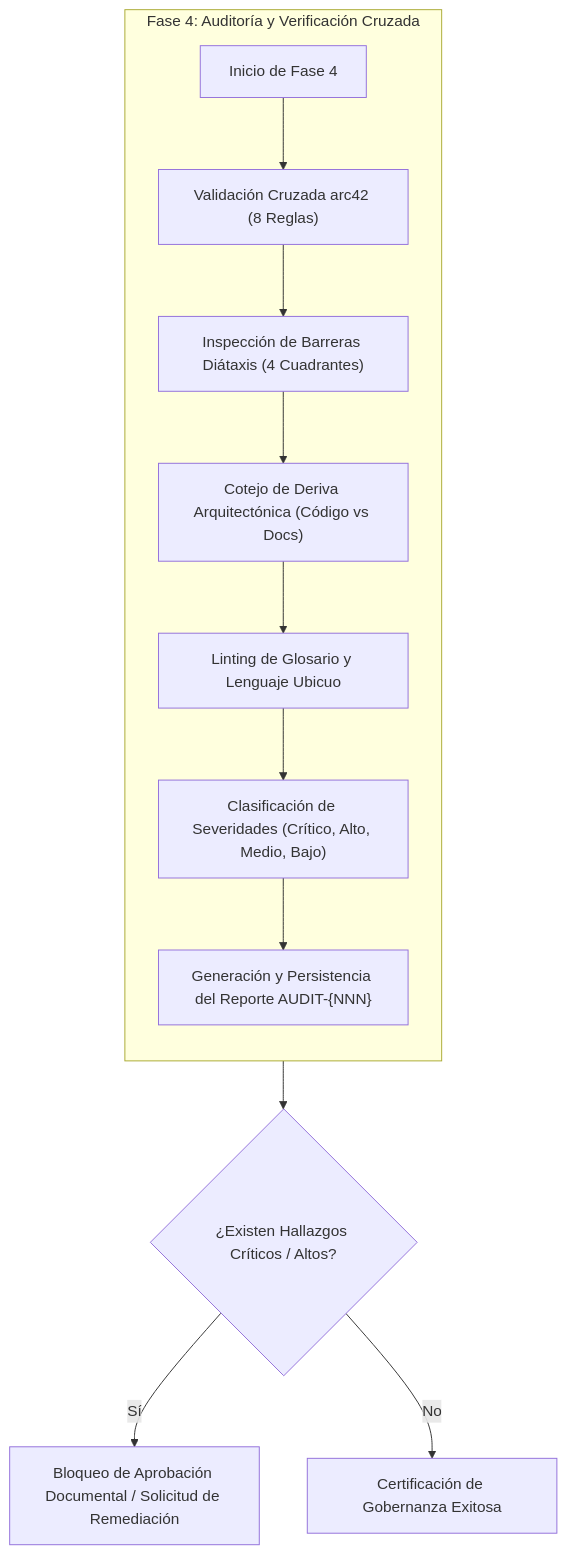
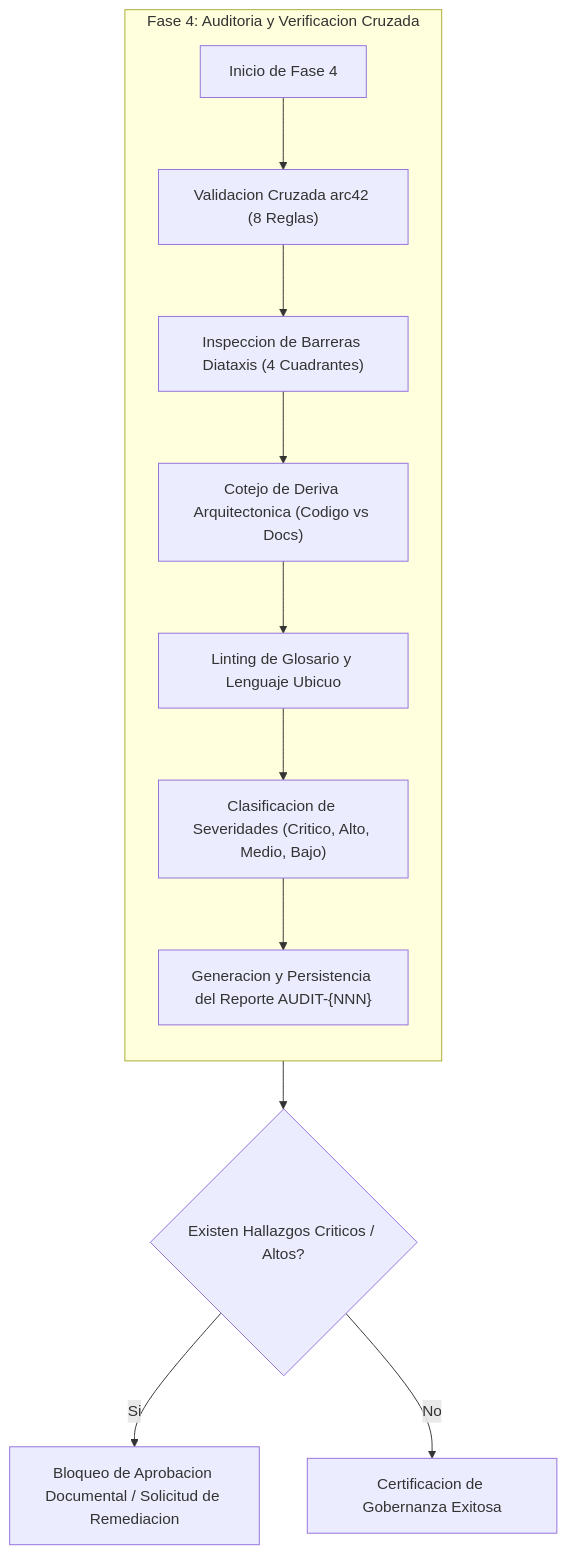
One commit to EdwinDragusin/agent-core-skills changed the first of 3 diagrams in skills/docs-governance-mastery/references/audit-checklist.md. Above: the diagram before and after it, drawn with Mermaid. The commit also changed other lines of this file and 89 other files, not shown here.

````diff
--- a/skills/docs-governance-mastery/references/audit-checklist.md
+++ b/skills/docs-governance-mastery/references/audit-checklist.md
@@ -19,16 +19,16 @@
 ```mermaid
 flowchart TD
-    subgraph Fase4["Fase 4: Auditoría y Verificación Cruzada"]
+    subgraph Fase4["Fase 4: Auditoria y Verificacion Cruzada"]
         direction TB
-        A["Inicio de Fase 4"] --> B["Validación Cruzada arc42 (8 Reglas)"]
-        B --> C["Inspección de Barreras Diátaxis (4 Cuadrantes)"]
-        C --> D["Cotejo de Deriva Arquitectónica (Código vs Docs)"]
+        A["Inicio de Fase 4"] --> B["Validacion Cruzada arc42 (8 Reglas)"]
+        B --> C["Inspeccion de Barreras Diataxis (4 Cuadrantes)"]
+        C --> D["Cotejo de Deriva Arquitectonica (Codigo vs Docs)"]
         D --> E["Linting de Glosario y Lenguaje Ubicuo"]
-        E --> F["Clasificación de Severidades (Crítico, Alto, Medio, Bajo)"]
-        F --> G["Generación y Persistencia del Reporte AUDIT-{NNN}"]
+        E --> F["Clasificacion de Severidades (Critico, Alto, Medio, Bajo)"]
+        F --> G["Generacion y Persistencia del Reporte AUDIT-{NNN}"]
     end
 
-    G --> H{"¿Existen Hallazgos Críticos / Altos?"}
-    H -- Sí --> I["Bloqueo de Aprobación Documental / Solicitud de Remediación"]
-    H -- No --> J["Certificación de Gobernanza Exitosa"]
+    G --> H{"Existen Hallazgos Criticos / Altos?"}
+    H -- Si --> I["Bloqueo de Aprobacion Documental / Solicitud de Remediacion"]
+    H -- No --> J["Certificacion de Gobernanza Exitosa"]
 ```
````
